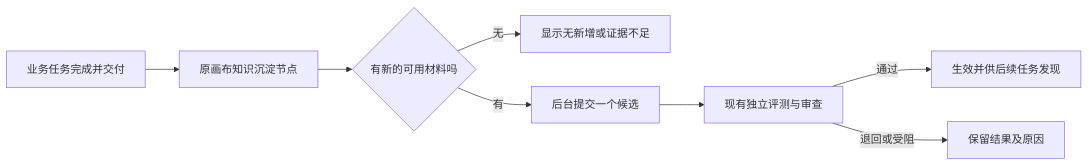
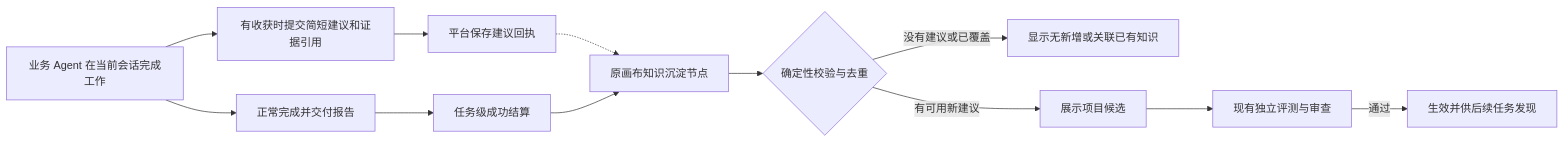
One commit to SummerSec/DeepSonar changed the diagram in docs/superpowers/specs/2026-11-21-task-knowledge-closeout-design.md. Above: the diagram before and after it, drawn with Mermaid. The commit also changed other lines of this file, not shown here.

Commit message:
docs: reuse live agent sessions for knowledge closeout

````diff
--- a/docs/superpowers/specs/2026-11-21-task-knowledge-closeout-design.md
+++ b/docs/superpowers/specs/2026-11-21-task-knowledge-closeout-design.md
@@ -21,10 +32,14 @@
 ```mermaid
 flowchart LR
-  A[业务任务完成并交付] --> B[原画布知识沉淀节点]
-  B --> C{有新的可用材料吗}
-  C -->|无| D[显示无新增或证据不足]
-  C -->|有| E[后台提交一个候选]
-  E --> F[现有独立评测与审查]
-  F -->|通过| G[生效并供后续任务发现]
-  F -->|退回或受阻| H[保留结果及原因]
+  A[业务 Agent 在当前会话完成工作] --> B[有收获时提交简短建议和证据引用]
+  A --> C[正常完成并交付报告]
+  B --> D[平台保存建议回执]
+  C --> E[任务级成功结算]
+  D -.-> F
+  E --> F[原画布知识沉淀节点]
+  F --> G{确定性校验与去重}
+  G -->|没有建议或已覆盖| H[显示无新增或关联已有知识]
+  G -->|有可用新建议| I[展示项目候选]
+  I --> J[现有独立评测与审查]
+  J -->|通过| K[生效并供后续任务发现]
 ```
````
